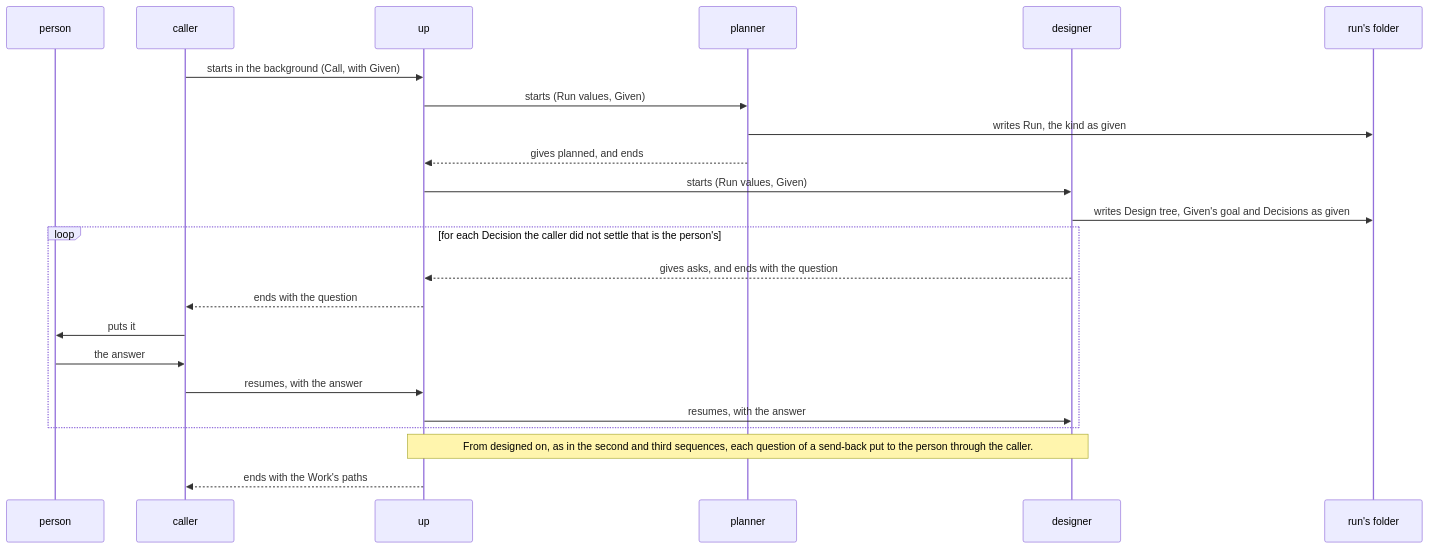
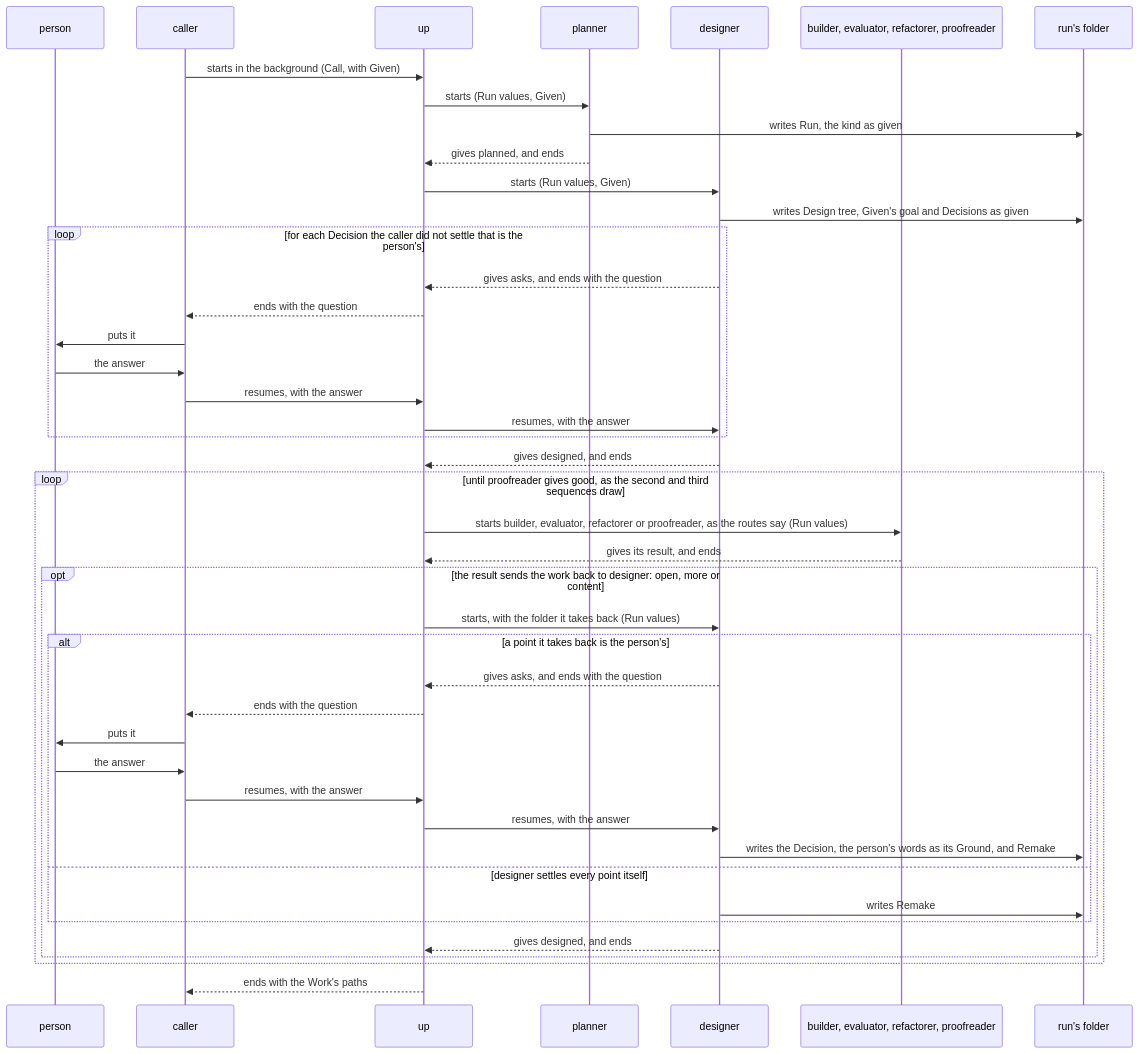
Before and after one commit to lovaizu/ccpm: the seventh of 9 diagrams in dev/turn/architecture.md, drawn with Mermaid. The commit also changed other lines of this file and 6 other files, not shown here.

````diff
--- a/dev/turn/architecture.md
+++ b/dev/turn/architecture.md
@@ -557,25 +557,45 @@
 ```mermaid
 sequenceDiagram
   participant P as person
   participant N as caller
   participant U as up
   participant PL as planner
   participant D as designer
+  participant W as builder, evaluator, refactorer, proofreader
   participant F as run's folder
   N->>U: starts in the background (Call, with Given)
   U->>PL: starts (Run values, Given)
   PL->>F: writes Run, the kind as given
   PL-->>U: gives planned, and ends
   U->>D: starts (Run values, Given)
   D->>F: writes Design tree, Given's goal and Decisions as given
   loop for each Decision the caller did not settle that is the person's
     D-->>U: gives asks, and ends with the question
     U-->>N: ends with the question
     N->>P: puts it
     P->>N: the answer
     N->>U: resumes, with the answer
     U->>D: resumes, with the answer
   end
-  Note over U,D: From designed on, as in the second and third sequences, each question of a send-back put to the person through the caller.
+  D-->>U: gives designed, and ends
+  loop until proofreader gives good, as the second and third sequences draw
+    U->>W: starts builder, evaluator, refactorer or proofreader, as the routes say (Run values)
+    W-->>U: gives its result, and ends
+    opt the result sends the work back to designer: open, more or content
+      U->>D: starts, with the folder it takes back (Run values)
+      alt a point it takes back is the person's
+        D-->>U: gives asks, and ends with the question
+        U-->>N: ends with the question
+        N->>P: puts it
+        P->>N: the answer
+        N->>U: resumes, with the answer
+        U->>D: resumes, with the answer
+        D->>F: writes the Decision, the person's words as its Ground, and Remake
+      else designer settles every point itself
+        D->>F: writes Remake
+      end
+      D-->>U: gives designed, and ends
+    end
+  end
   U-->>N: ends with the Work's paths
 ```
````
